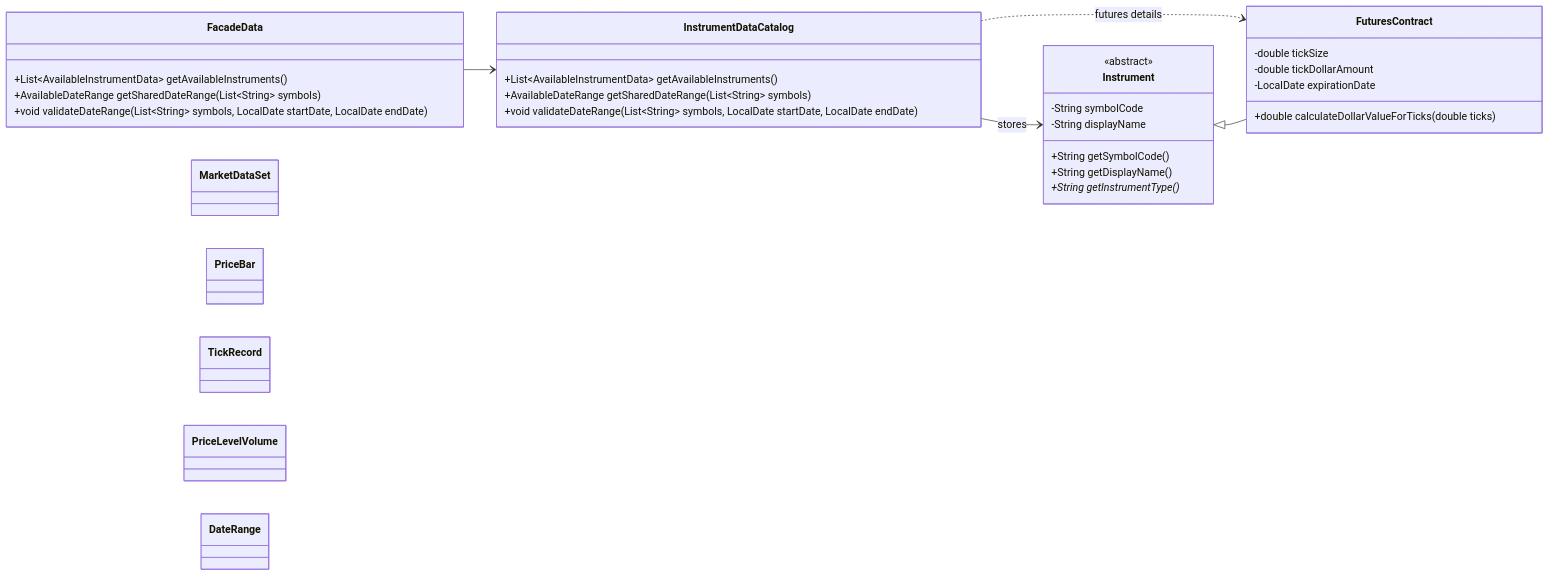
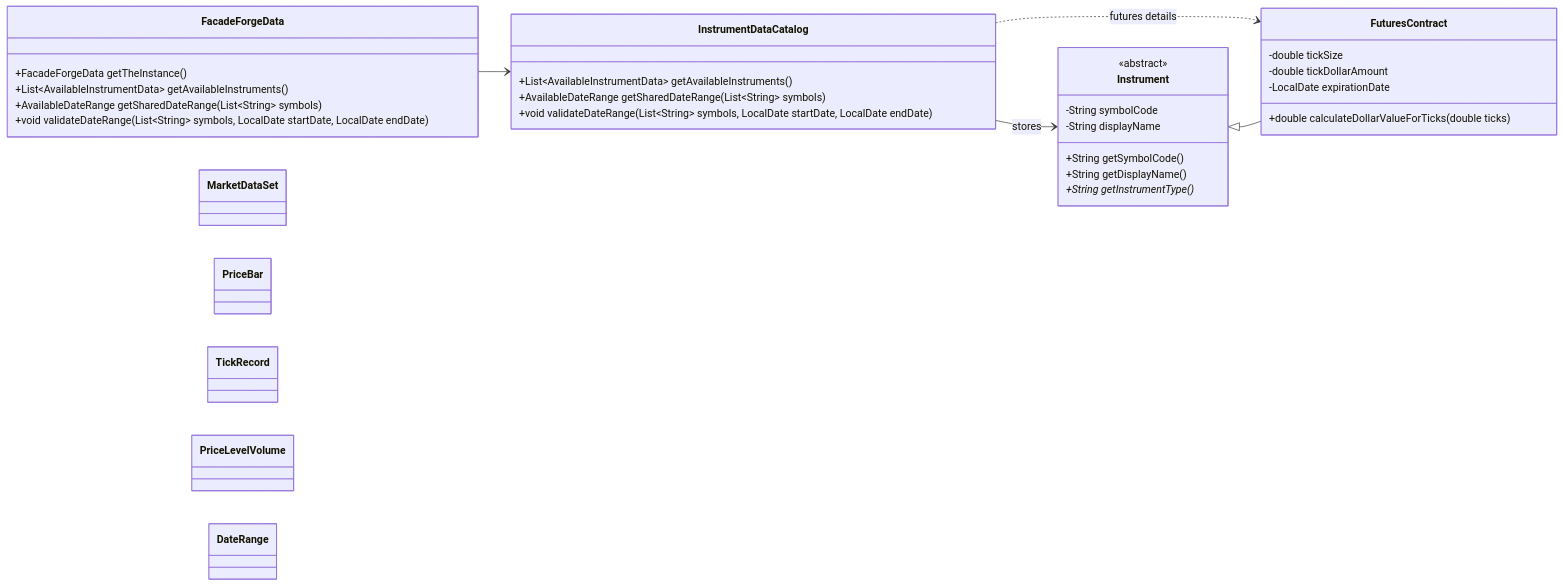
One commit to probst-paul/FORGE changed the fifth of 12 diagrams in class-model.md. Above: the diagram before and after it, drawn with Mermaid. The commit also changed other lines of this file and 13 other files, not shown here.

First line of the commit message:
Rename facades to FacadeForge* and add singletons

````diff
--- a/class-model.md
+++ b/class-model.md
@@ -249,43 +251,44 @@
 ```mermaid
 classDiagram
     direction LR
 
-    class FacadeData {
+    class FacadeForgeData {
+        +FacadeForgeData getTheInstance()
         +List~AvailableInstrumentData~ getAvailableInstruments()
         +AvailableDateRange getSharedDateRange(List~String~ symbols)
         +void validateDateRange(List~String~ symbols, LocalDate startDate, LocalDate endDate)
     }
 
     class InstrumentDataCatalog {
         +List~AvailableInstrumentData~ getAvailableInstruments()
         +AvailableDateRange getSharedDateRange(List~String~ symbols)
         +void validateDateRange(List~String~ symbols, LocalDate startDate, LocalDate endDate)
     }
 
     class Instrument {
         <<abstract>>
         -String symbolCode
         -String displayName
         +String getSymbolCode()
         +String getDisplayName()
         +String getInstrumentType()*
     }
 
     class FuturesContract {
         -double tickSize
         -double tickDollarAmount
         -LocalDate expirationDate
         +double calculateDollarValueForTicks(double ticks)
     }
 
     class MarketDataSet
     class PriceBar
     class TickRecord
     class PriceLevelVolume
     class DateRange
 
-    FacadeData --> InstrumentDataCatalog
+    FacadeForgeData --> InstrumentDataCatalog
     InstrumentDataCatalog --> Instrument : stores
     InstrumentDataCatalog ..> FuturesContract : futures details
     Instrument <|-- FuturesContract
 ```
````
